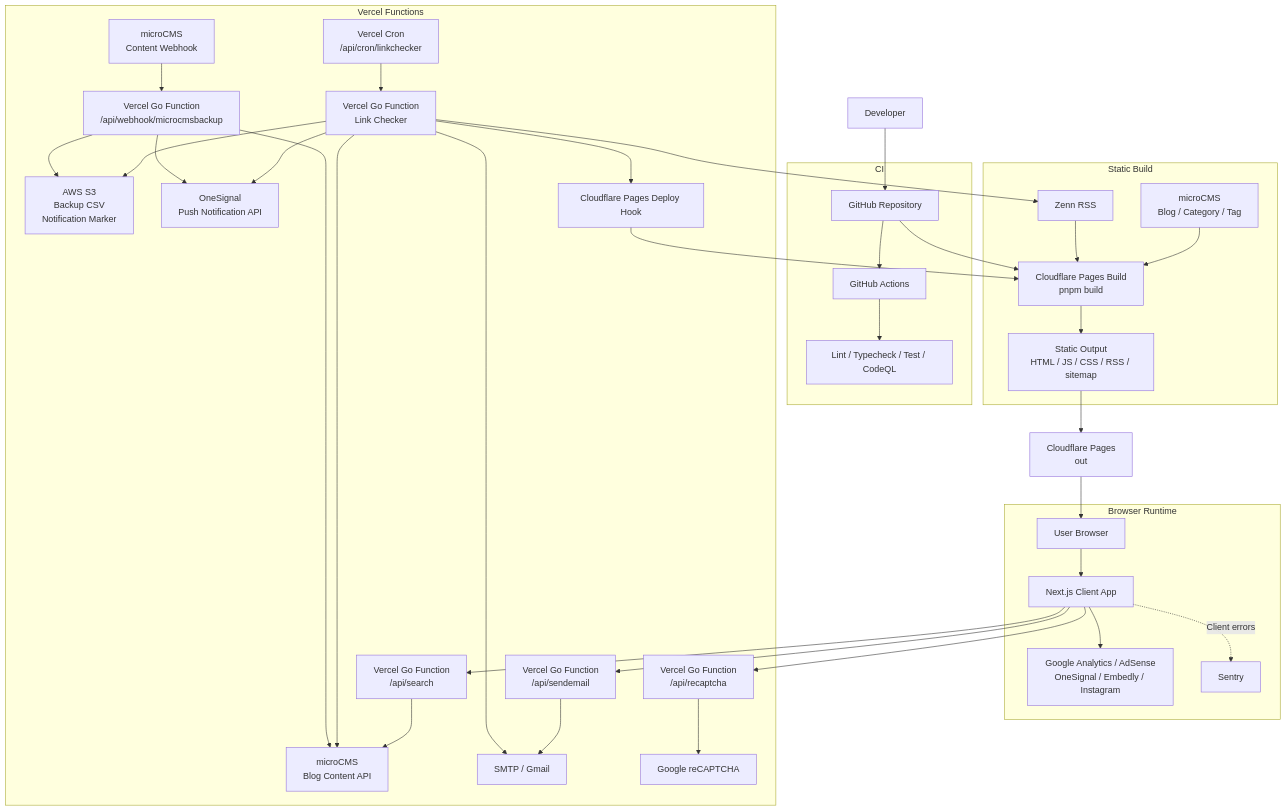
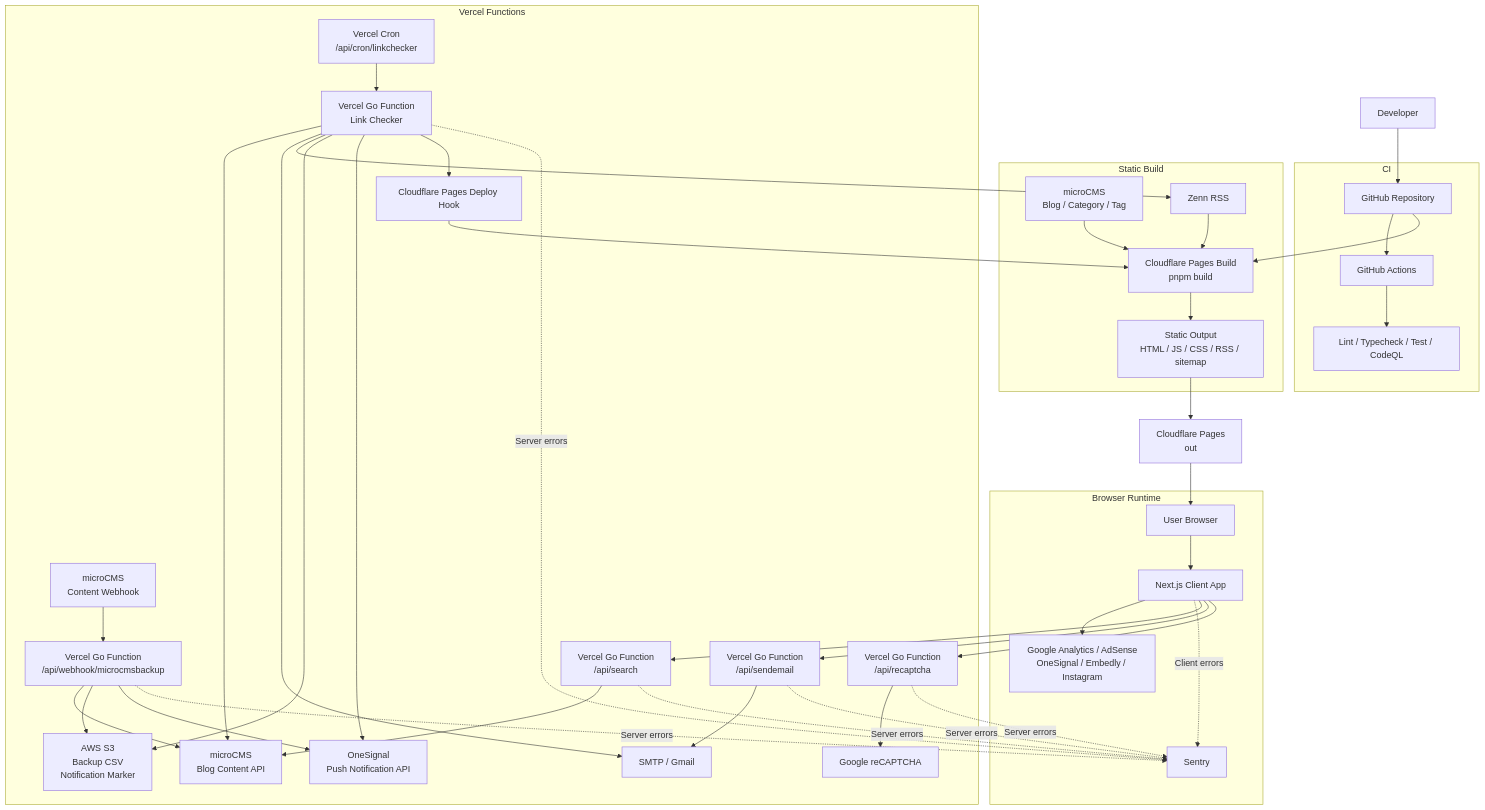
Before and after one commit to Arata1202/NextBlogApp: the diagram in README.md, drawn with Mermaid. The commit also changed other lines of this file and 10 other files, not shown here.

````diff
--- a/README.md
+++ b/README.md
@@ -79,46 +79,52 @@
 ```mermaid
 flowchart TB
   developer[Developer] --> github[GitHub Repository]
 
   subgraph ci[CI]
     github --> actions[GitHub Actions]
     actions --> quality[Lint / Typecheck / Test / CodeQL]
   end
 
   subgraph build[Static Build]
     github --> pagesBuild[Cloudflare Pages Build<br/>pnpm build]
     microcms[microCMS<br/>Blog / Category / Tag] --> pagesBuild
     zenn[Zenn RSS] --> pagesBuild
     pagesBuild --> generated[Static Output<br/>HTML / JS / CSS / RSS / sitemap]
   end
 
   generated --> pages[Cloudflare Pages<br/>out]
   pages --> browser[User Browser]
 
   subgraph runtime[Browser Runtime]
     browser --> app[Next.js Client App]
     app --> thirdParty[Google Analytics / AdSense<br/>OneSignal / Embedly / Instagram]
     app -. Client errors .-> sentry[Sentry]
   end
 
   subgraph vercelFunctions[Vercel Functions]
     app --> searchApi[Vercel Go Function<br/>/api/search]
     searchApi --> microcmsBlogContentApi[microCMS<br/>Blog Content API]
     app --> sendEmailApi[Vercel Go Function<br/>/api/sendemail]
     app --> recaptchaApi[Vercel Go Function<br/>/api/recaptcha]
     sendEmailApi --> smtp[SMTP / Gmail]
     recaptchaApi --> recaptcha[Google reCAPTCHA]
     cron[Vercel Cron<br/>/api/cron/linkchecker] --> linkcheckerApi[Vercel Go Function<br/>Link Checker]
     linkcheckerApi --> microcmsBlogContentApi
     linkcheckerApi --> smtp
     linkcheckerApi --> zenn
     linkcheckerApi --> s3
     linkcheckerApi --> oneSignalApi
     linkcheckerApi --> pagesDeployHook[Cloudflare Pages Deploy Hook]
     pagesDeployHook --> pagesBuild
     microcmsWebhook[microCMS<br/>Content Webhook] --> microcmsbackupApi[Vercel Go Function<br/>/api/webhook/microcmsbackup]
     microcmsbackupApi --> microcmsBlogContentApi
     microcmsbackupApi --> s3[AWS S3<br/>Backup CSV<br/>Notification Marker]
     microcmsbackupApi --> oneSignalApi[OneSignal<br/>Push Notification API]
   end
+
+  searchApi -. Server errors .-> sentry
+  sendEmailApi -. Server errors .-> sentry
+  recaptchaApi -. Server errors .-> sentry
+  linkcheckerApi -. Server errors .-> sentry
+  microcmsbackupApi -. Server errors .-> sentry
 ```
````
